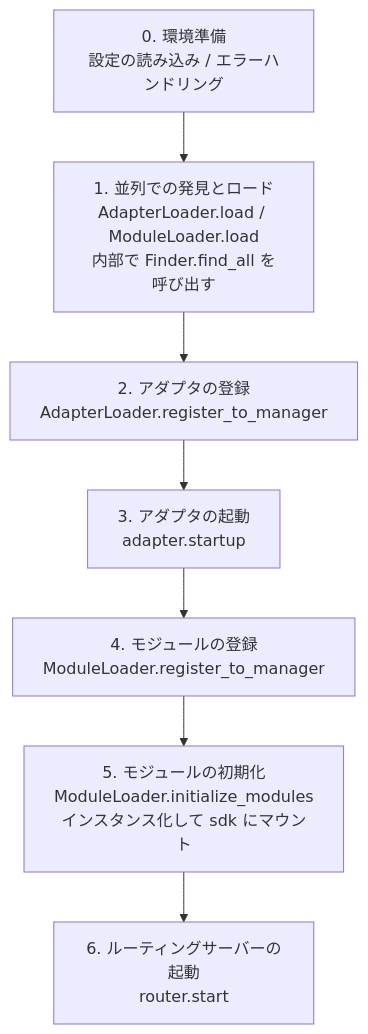
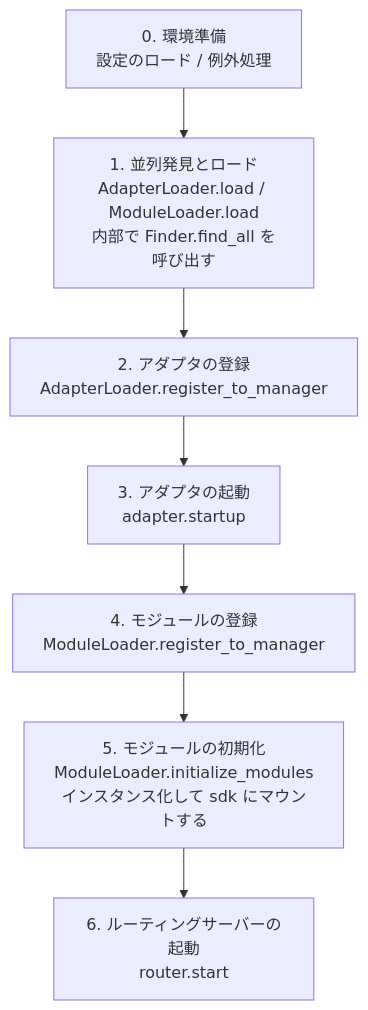
One commit to ErisPulse/ErisPulse changed the diagram in docs/ja/advanced/startup.md. Above: the diagram before and after it, drawn with Mermaid. The commit also changed other lines of this file and 299 other files, not shown here.

````diff
--- a/docs/ja/advanced/startup.md
+++ b/docs/ja/advanced/startup.md
@@ -29,10 +27,10 @@
 ```mermaid
 flowchart TD
-    A[0. 環境準備<br/>設定の読み込み / エラーハンドリング] --> B
-    B[1. 並列での発見とロード<br/>AdapterLoader.load / ModuleLoader.load<br/>内部で Finder.find_all を呼び出す] --> C
+    A[0. 環境準備<br/>設定のロード / 例外処理] --> B
+    B[1. 並列発見とロード<br/>AdapterLoader.load / ModuleLoader.load<br/>内部で Finder.find_all を呼び出す] --> C
     C[2. アダプタの登録<br/>AdapterLoader.register_to_manager] --> D
     D[3. アダプタの起動<br/>adapter.startup] --> E
     E[4. モジュールの登録<br/>ModuleLoader.register_to_manager] --> F
-    F[5. モジュールの初期化<br/>ModuleLoader.initialize_modules<br/>インスタンス化して sdk にマウント] --> G
+    F[5. モジュールの初期化<br/>ModuleLoader.initialize_modules<br/>インスタンス化して sdk にマウントする] --> G
     G[6. ルーティングサーバーの起動<br/>router.start]
 ```
````
